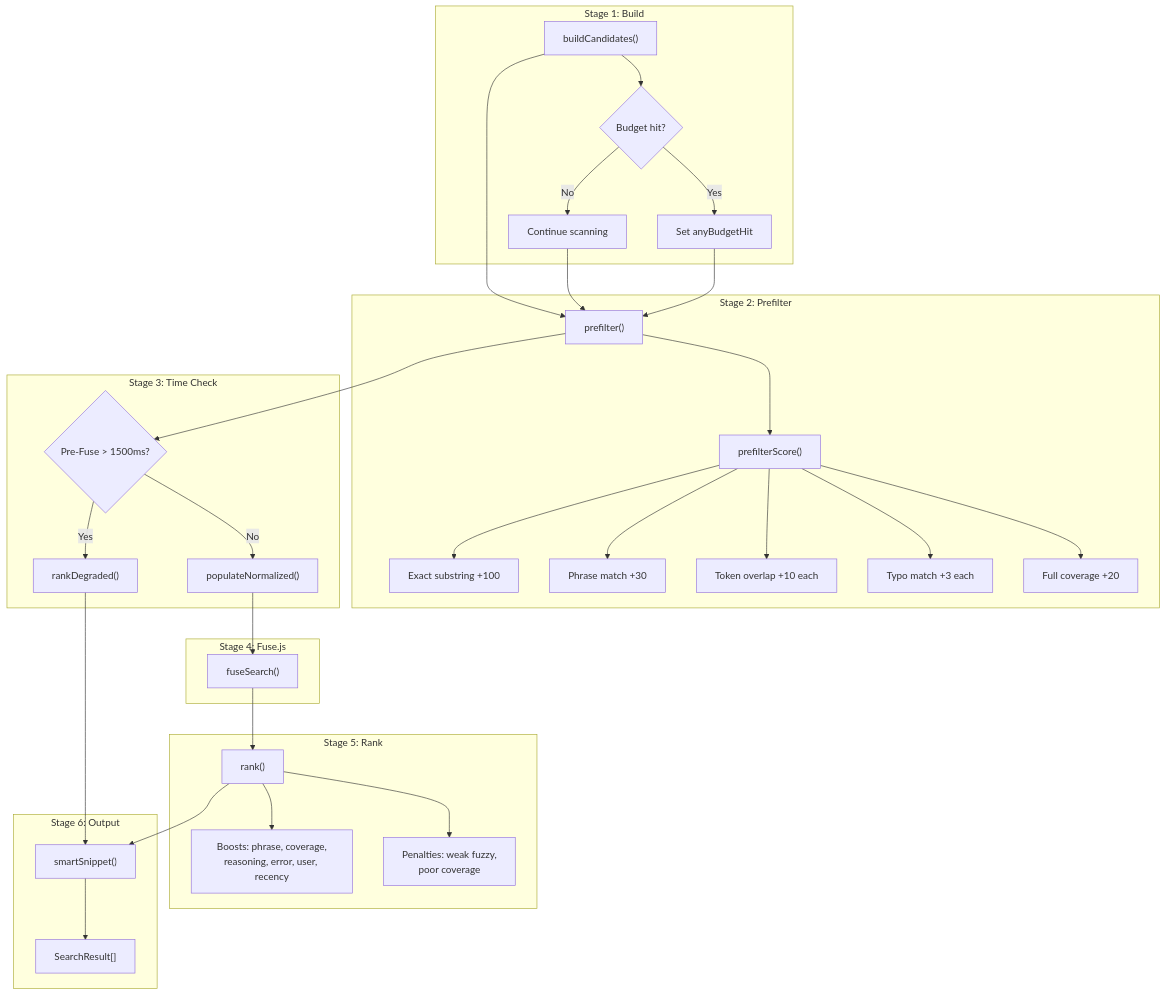
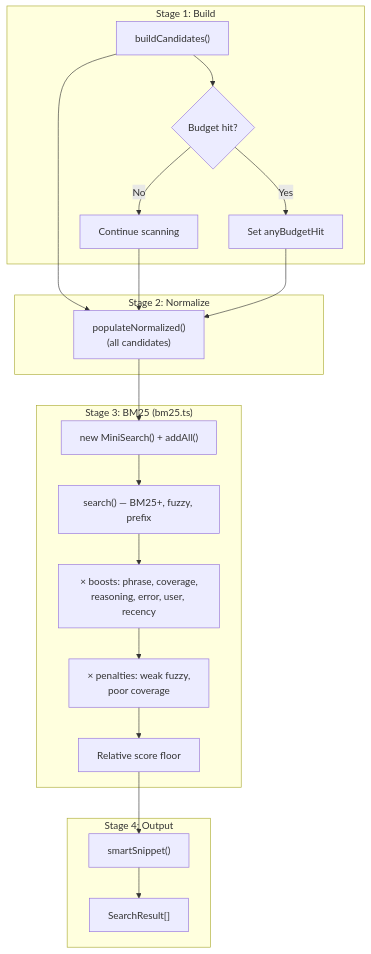
The third of 5 diagrams in CONTRIBUTING.md (rmk40/opencode-session-recall), drawn with Mermaid before and after one commit. The commit also changed other lines of this file and 32 other files, not shown here.

````diff
--- a/CONTRIBUTING.md
+++ b/CONTRIBUTING.md
@@ -135,49 +147,32 @@
 ```mermaid
 flowchart TB
     subgraph "Stage 1: Build"
         Build["buildCandidates()"]
         Build --> BudgetCheck{"Budget hit?"}
         BudgetCheck -->|Yes| MarkBudget["Set anyBudgetHit"]
         BudgetCheck -->|No| Continue["Continue scanning"]
     end
 
-    subgraph "Stage 2: Prefilter"
-        Prefilter["prefilter()"]
-        Prefilter --> Score["prefilterScore()"]
-        Score --> S1["Exact substring +100"]
-        Score --> S2["Phrase match +30"]
-        Score --> S3["Token overlap +10 each"]
-        Score --> S4["Typo match +3 each"]
-        Score --> S5["Full coverage +20"]
+    subgraph "Stage 2: Normalize"
+        Normalize["populateNormalized()<br/>(all candidates)"]
     end
 
-    subgraph "Stage 3: Time Check"
-        TimeCheck{"Pre-Fuse > 1500ms?"}
-        TimeCheck -->|Yes| Degrade["rankDegraded()"]
-        TimeCheck -->|No| Normalize["populateNormalized()"]
+    subgraph "Stage 3: BM25 (bm25.ts)"
+        Index["new MiniSearch() + addAll()"]
+        Index --> Search["search() — BM25+, fuzzy, prefix"]
+        Search --> Boosts["× boosts: phrase, coverage,<br/>reasoning, error, user, recency"]
+        Boosts --> Penalties["× penalties: weak fuzzy,<br/>poor coverage"]
+        Penalties --> Floor["Relative score floor"]
     end
 
-    subgraph "Stage 4: Fuse.js"
-        FuseSearch["fuseSearch()"]
-    end
-
-    subgraph "Stage 5: Rank"
-        Rank["rank()"]
-        Rank --> Boosts["Boosts: phrase, coverage,<br/>reasoning, error, user, recency"]
-        Rank --> Penalties["Penalties: weak fuzzy,<br/>poor coverage"]
-    end
-
-    subgraph "Stage 6: Output"
+    subgraph "Stage 4: Output"
         Snippet["smartSnippet()"]
         Snippet --> Results["SearchResult[]"]
     end
 
-    Build --> Prefilter
-    Continue --> Prefilter
-    MarkBudget --> Prefilter
-    Prefilter --> TimeCheck
-    Normalize --> FuseSearch
-    FuseSearch --> Rank
-    Rank --> Snippet
-    Degrade --> Snippet
+    Build --> Normalize
+    Continue --> Normalize
+    MarkBudget --> Normalize
+    Normalize --> Index
+    Floor --> Snippet
 ```
````
